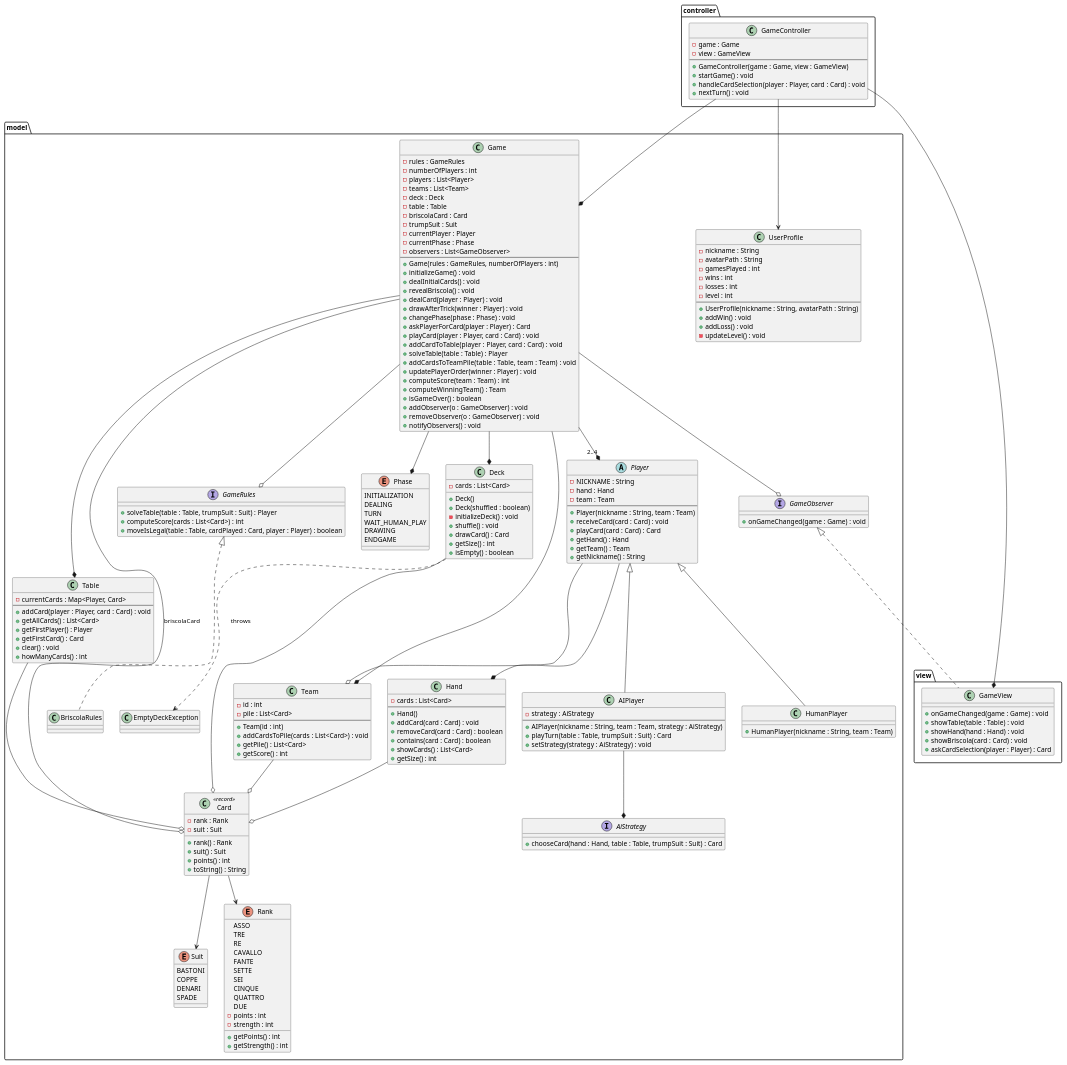
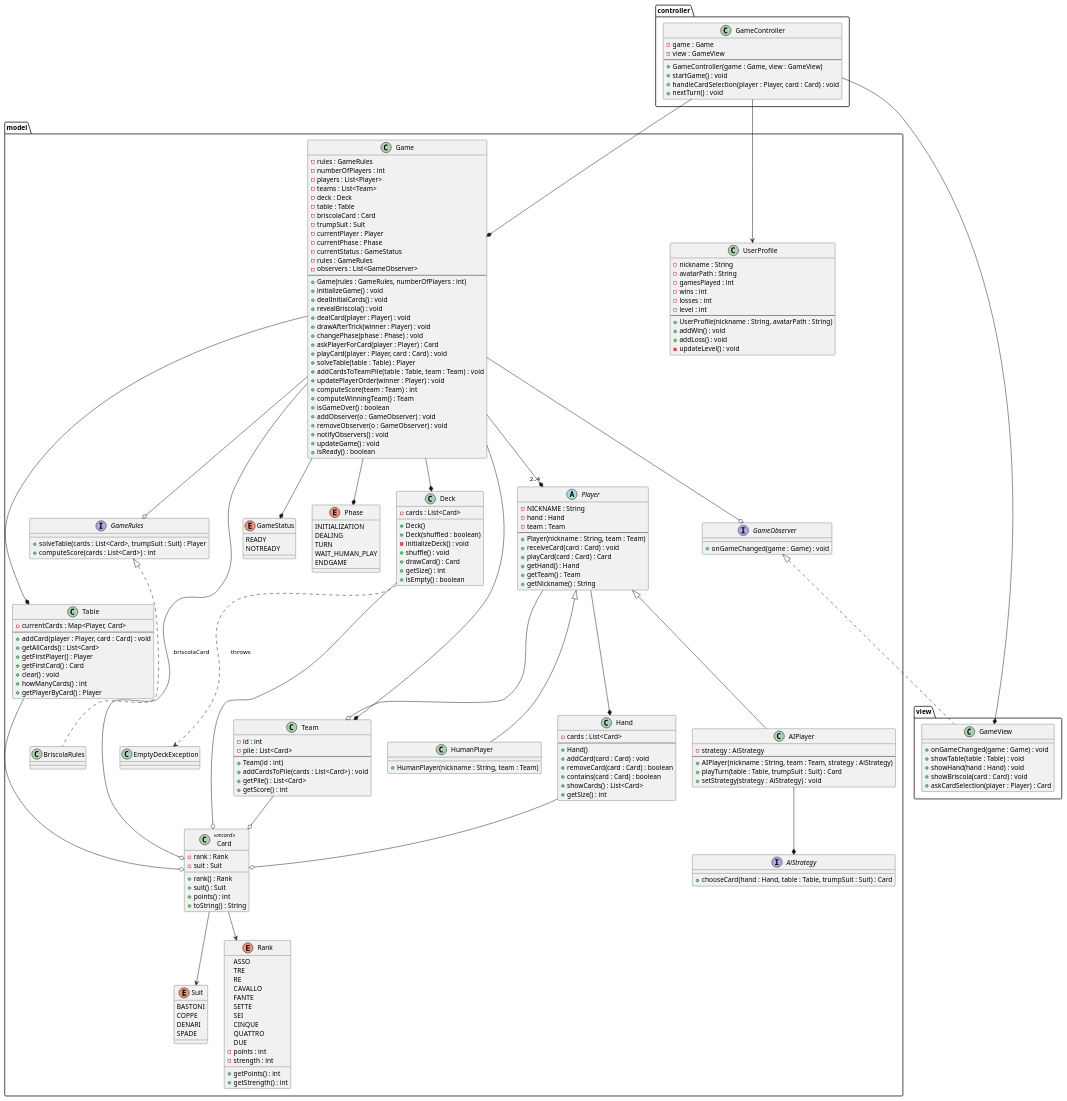
Before and after one commit to edodicosimo/JBriscola: the diagram in docs/briscola.puml, drawn with PlantUML. The commit also changed 13 other files, not shown here.

First line of the commit message:
feat: implement game flow and Briscola rules

```diff
--- a/docs/briscola.puml
+++ b/docs/briscola.puml
@@ -48,9 +48,8 @@
     }
 
     interface GameRules {
-        + solveTable(table : Table, trumpSuit : Suit) : Player
+        + solveTable(cards : List<Card>, trumpSuit : Suit) : Player
         + computeScore(cards : List<Card>) : int
-        + moveIsLegal(table : Table, cardPlayed : Card, player : Player) : boolean
     }
 
     class BriscolaRules implements GameRules {
@@ -67,6 +66,8 @@
         - trumpSuit : Suit
         - currentPlayer : Player
         - currentPhase : Phase
+        - currentStatus : GameStatus
+        - rules : GameRules
         - observers : List<GameObserver>
         --
         + Game(rules : GameRules, numberOfPlayers : int)
@@ -78,7 +79,6 @@
         + changePhase(phase : Phase) : void
         + askPlayerForCard(player : Player) : Card
         + playCard(player : Player, card : Card) : void
-        + addCardToTable(player : Player, card : Card) : void
         + solveTable(table : Table) : Player
         + addCardsToTeamPile(table : Table, team : Team) : void
         + updatePlayerOrder(winner : Player) : void
@@ -88,6 +88,13 @@
         + addObserver(o : GameObserver) : void
         + removeObserver(o : GameObserver) : void
         + notifyObservers() : void
+        + updateGame() : void
+        + isReady() : boolean
+    }
+
+    enum GameStatus {
+        READY
+        NOTREADY
     }
 
     enum Phase {
@@ -95,7 +102,6 @@
         DEALING
         TURN
         WAIT_HUMAN_PLAY
-        DRAWING
         ENDGAME
     }
 
@@ -119,6 +125,7 @@
         + getFirstCard() : Card
         + clear() : void
         + howManyCards() : int
+        + getPlayerByCard() : Player
     }
 
     class Team {
@@ -185,6 +192,7 @@
     Game --o Card : briscolaCard
     Game --* "2..4" Player
     Game --* Phase
+    Game --* GameStatus
     Player --o Team
     Player --* Hand
     AIPlayer --* AiStrategy
```
